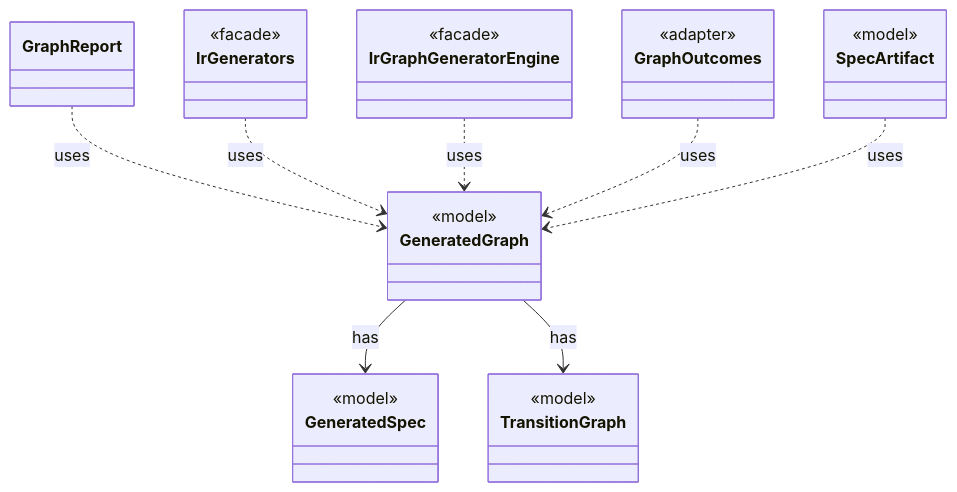
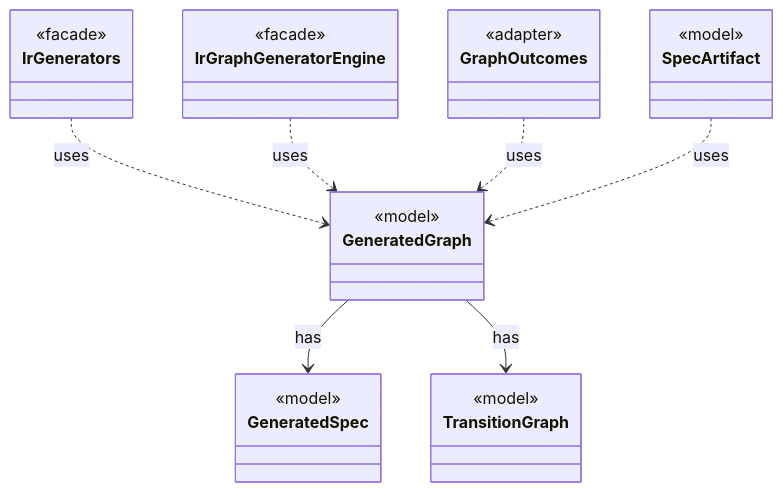
Before and after one commit to tlaplus/model-checker-hardening: the diagram in dev/types/io.github.tlaplus.hardening.gen.graph.GeneratedGraph.md, drawn with Mermaid. The commit also changed other lines of this file and 408 other files, not shown here.

````diff
--- a/dev/types/io.github.tlaplus.hardening.gen.graph.GeneratedGraph.md
+++ b/dev/types/io.github.tlaplus.hardening.gen.graph.GeneratedGraph.md
@@ -9,32 +9,30 @@
 ```mermaid
 classDiagram
   class GeneratedGraph {
     <<model>>
   }
   class GeneratedSpec {
     <<model>>
   }
   class TransitionGraph {
     <<model>>
   }
-  class GraphReport
   class IrGenerators {
     <<facade>>
   }
   class IrGraphGeneratorEngine {
     <<facade>>
   }
   class GraphOutcomes {
     <<adapter>>
   }
   class SpecArtifact {
     <<model>>
   }
   GeneratedGraph --> GeneratedSpec : has
   GeneratedGraph --> TransitionGraph : has
-  GraphReport ..> GeneratedGraph : uses
   IrGenerators ..> GeneratedGraph : uses
   IrGraphGeneratorEngine ..> GeneratedGraph : uses
   GraphOutcomes ..> GeneratedGraph : uses
   SpecArtifact ..> GeneratedGraph : uses
 ```
````
